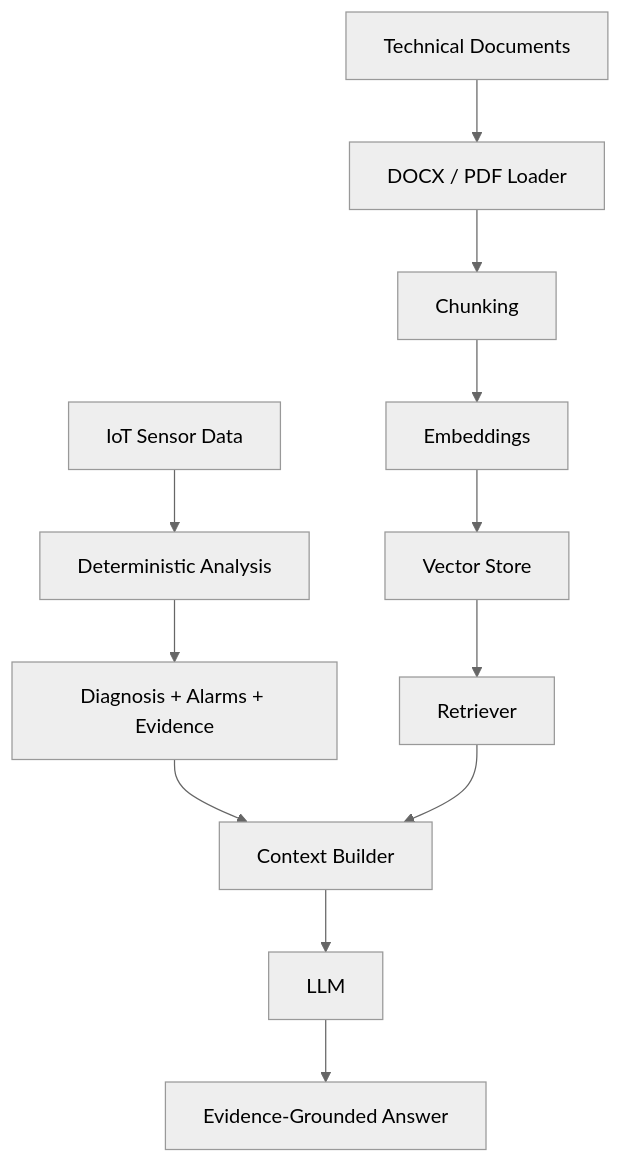
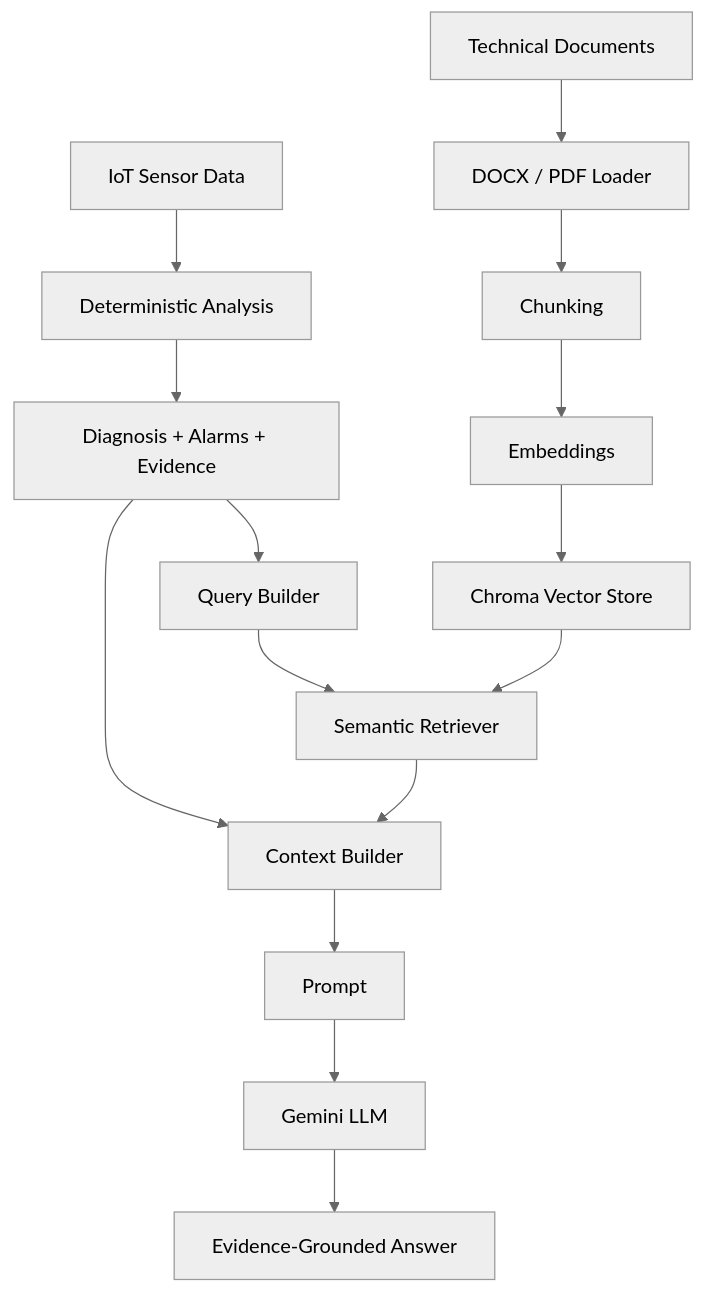
One commit to tuanaydin/internship_final_project changed the second of 2 diagrams in README.md. Above: the diagram before and after it, drawn with Mermaid (neutral theme). The commit also changed other lines of this file, not shown here.

````diff
--- a/README.md
+++ b/README.md
@@ -123,14 +318,22 @@
 ```mermaid
 flowchart TD
     A[IoT Sensor Data] --> B[Deterministic Analysis]
+
     B --> C[Diagnosis + Alarms + Evidence]
-    D[Technical Documents] --> E[DOCX / PDF Loader]
-    E --> F[Chunking]
-    F --> G[Embeddings]
-    G --> H[Vector Store]
-    H --> I[Retriever]
-    C --> J[Context Builder]
+    C --> D[Query Builder]
+
+    E[Technical Documents] --> F[DOCX / PDF Loader]
+    F --> G[Chunking]
+    G --> H[Embeddings]
+    H --> I[Chroma Vector Store]
+
+    D --> J[Semantic Retriever]
     I --> J
-    J --> K[LLM]
-    K --> L[Evidence-Grounded Answer]
+
+    C --> K[Context Builder]
+    J --> K
+
+    K --> L[Prompt]
+    L --> M[Gemini LLM]
+    M --> N[Evidence-Grounded Answer]
 ```
````
